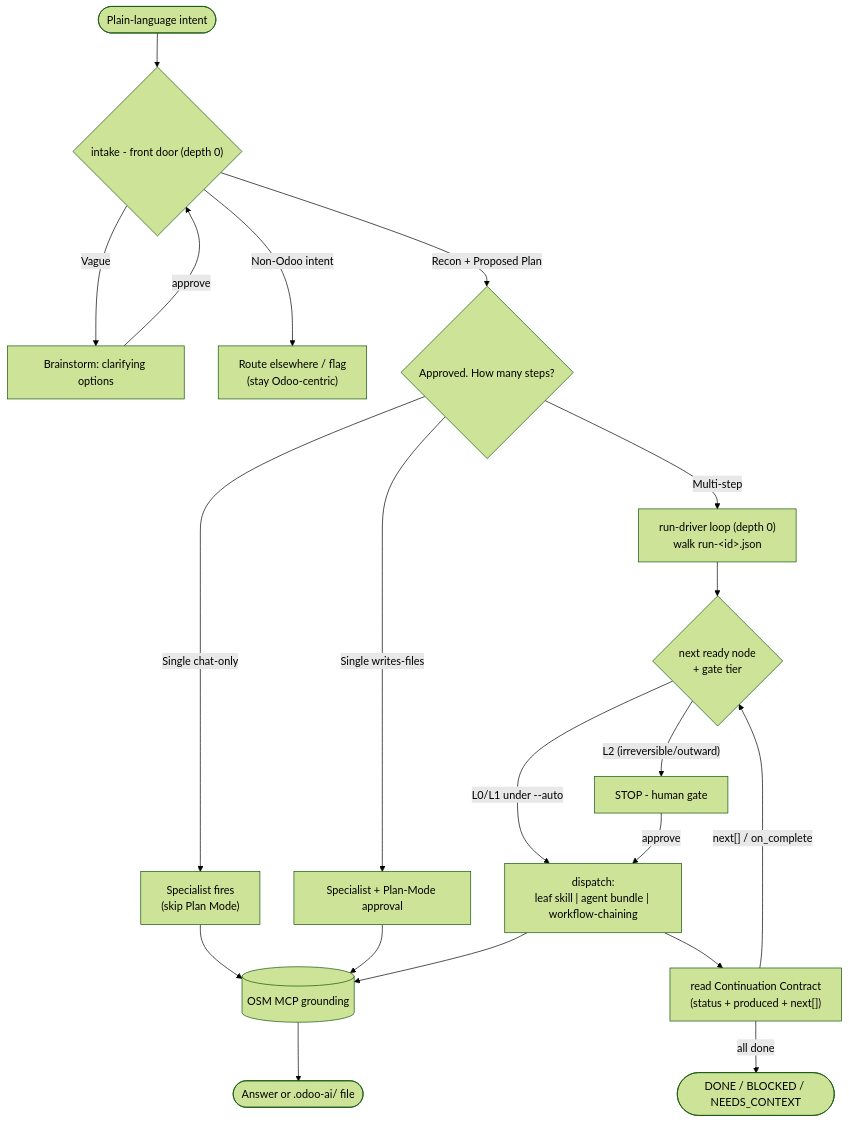
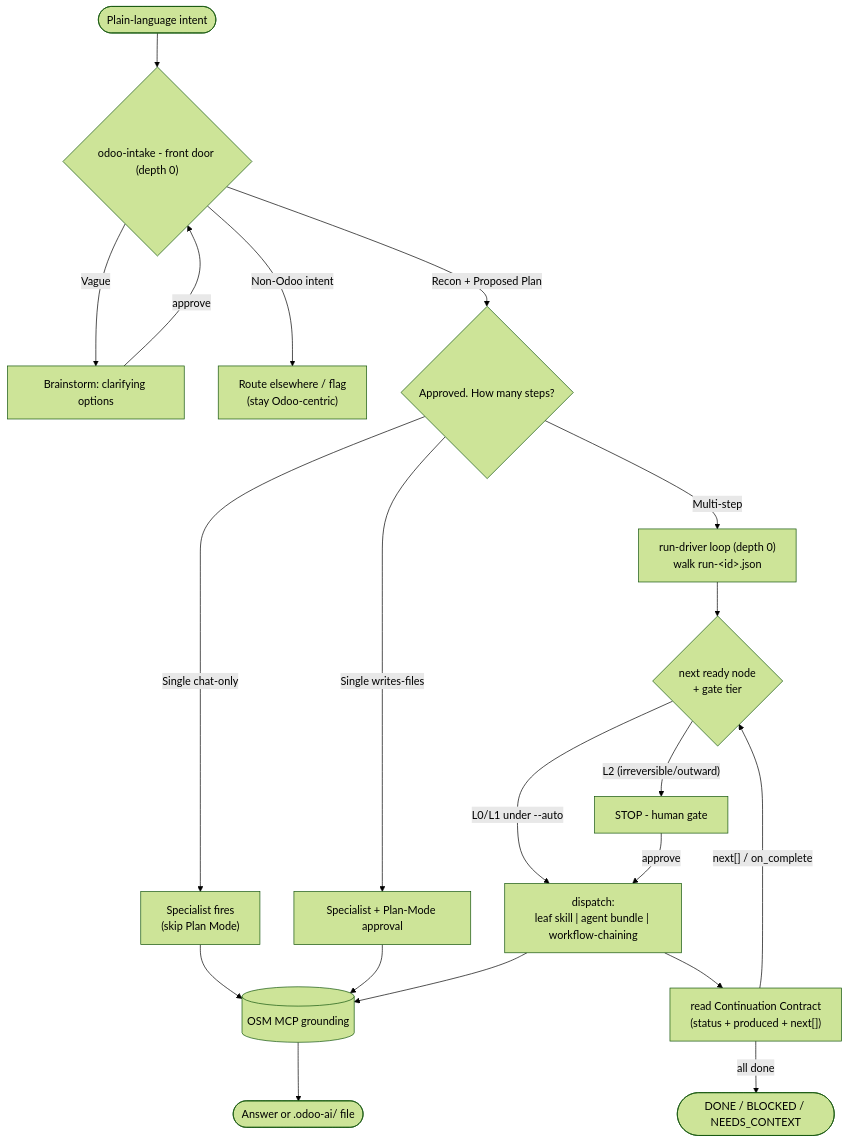
Before and after one commit to Viindoo/odoo-mcp-client: the second of 5 diagrams in plugins/odoo-ai-agents/README.md, drawn with Mermaid (forest theme). The commit also changed other lines of this file and 31 other files, not shown here.

First line of the commit message:
refactor(odoo-ai-agents): rename skill `intake` -> `odoo-intake` (#67)

````diff
--- a/plugins/odoo-ai-agents/README.md
+++ b/plugins/odoo-ai-agents/README.md
@@ -121,25 +121,25 @@
 ```mermaid
 flowchart TD
-    A([Plain-language intent]) --> D{"intake - front door (depth 0)"}
+    A([Plain-language intent]) --> D{"odoo-intake - front door (depth 0)"}
     D -->|"Vague"| E["Brainstorm: clarifying options"]
     E -->|approve| D
     D -->|"Non-Odoo intent"| X["Route elsewhere / flag<br/>(stay Odoo-centric)"]
     D -->|"Recon + Proposed Plan"| G{"Approved. How many steps?"}
 
     G -->|"Single chat-only"| F1["Specialist fires<br/>(skip Plan Mode)"]
     G -->|"Single writes-files"| F2["Specialist + Plan-Mode approval"]
     G -->|"Multi-step"| RUN["run-driver loop (depth 0)<br/>walk run-&lt;id&gt;.json"]
 
     RUN --> PK{"next ready node<br/>+ gate tier"}
     PK -->|"L0/L1 under --auto"| DISP["dispatch:<br/>leaf skill | agent bundle | workflow-chaining"]
     PK -->|"L2 (irreversible/outward)"| STOP["STOP - human gate"]
     STOP -->|approve| DISP
     DISP --> CC["read Continuation Contract<br/>(status + produced + next[])"]
     CC -->|"next[] / on_complete"| PK
     CC -->|"all done"| DONE([DONE / BLOCKED / NEEDS_CONTEXT])
 
     F1 --> I[("OSM MCP grounding")]
     F2 --> I
     DISP --> I
     I --> Z([Answer or .odoo-ai/ file])
 ```
````
